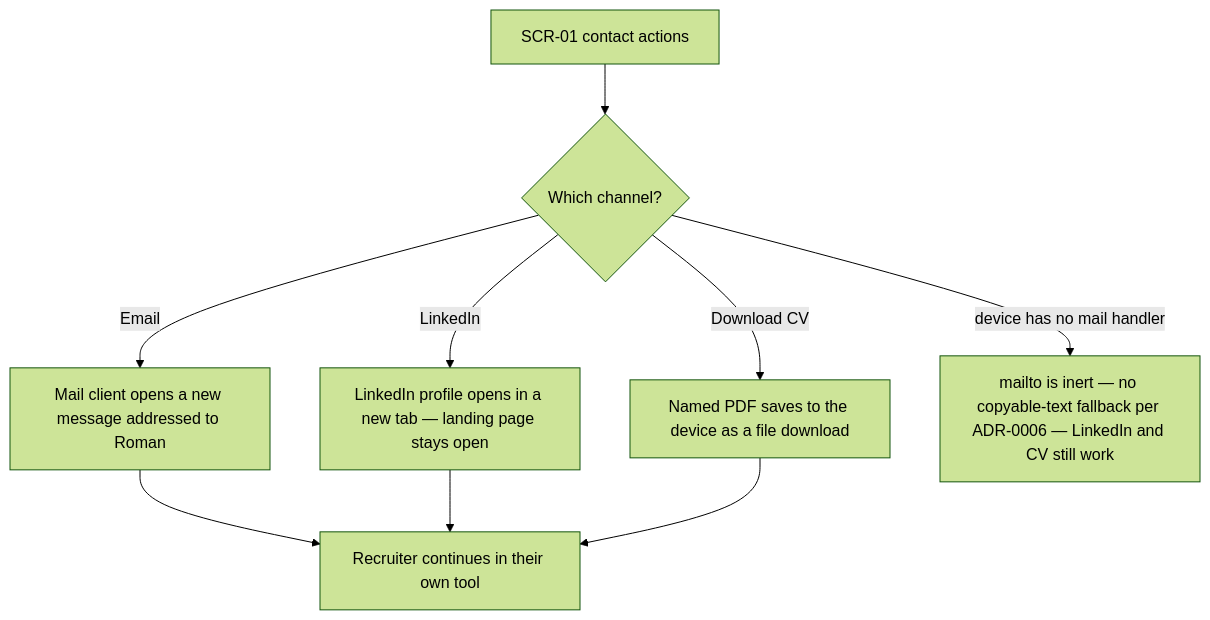
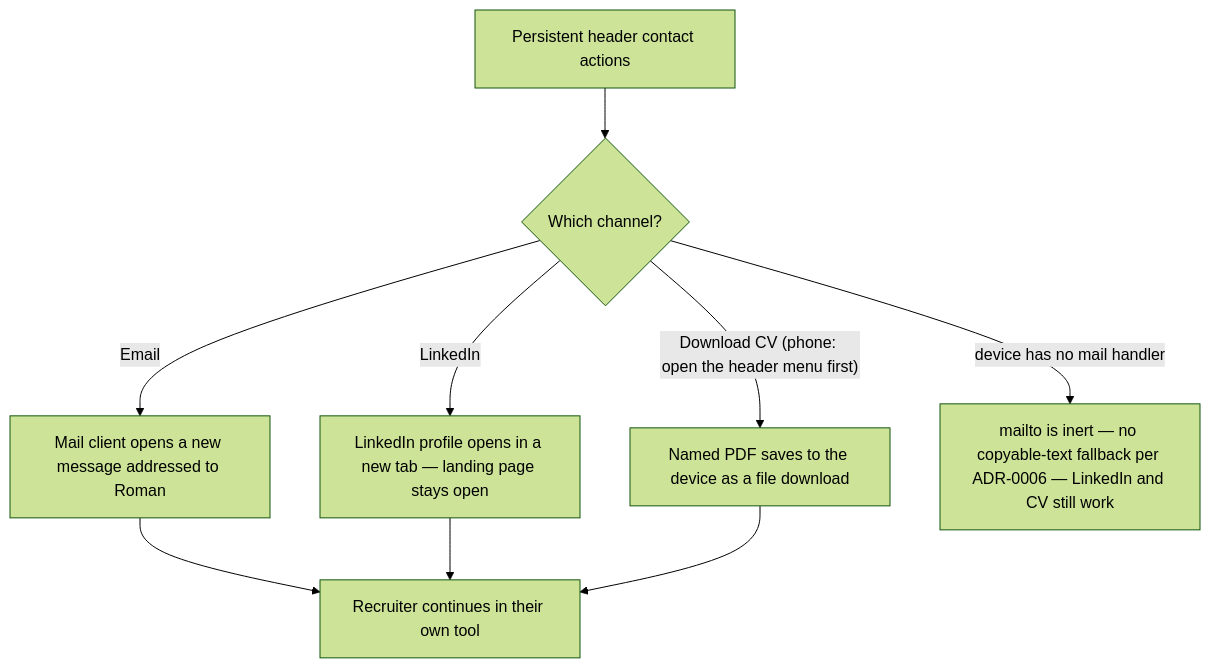
One commit to financeasist/personal-page changed the second of 5 diagrams in docs/features/personal-landing/ux-flows.md. Above: the diagram before and after it, drawn with Mermaid (forest theme). The commit also changed other lines of this file and 6 other files, not shown here.

````diff
--- a/docs/features/personal-landing/ux-flows.md
+++ b/docs/features/personal-landing/ux-flows.md
@@ -70,11 +79,11 @@
 ```mermaid
 flowchart TD
-    A["SCR-01 contact actions"] --> B{"Which channel?"}
+    A["Persistent header contact actions"] --> B{"Which channel?"}
     B -->|"Email"| C["Mail client opens a new message addressed to Roman"]
     B -->|"LinkedIn"| D["LinkedIn profile opens in a new tab — landing page stays open"]
-    B -->|"Download CV"| E["Named PDF saves to the device as a file download"]
+    B -->|"Download CV (phone: open the header menu first)"| E["Named PDF saves to the device as a file download"]
     C --> F["Recruiter continues in their own tool"]
     D --> F
     E --> F
     B -->|"device has no mail handler"| G["mailto is inert — no copyable-text fallback per ADR-0006 — LinkedIn and CV still work"]
 ```
````
